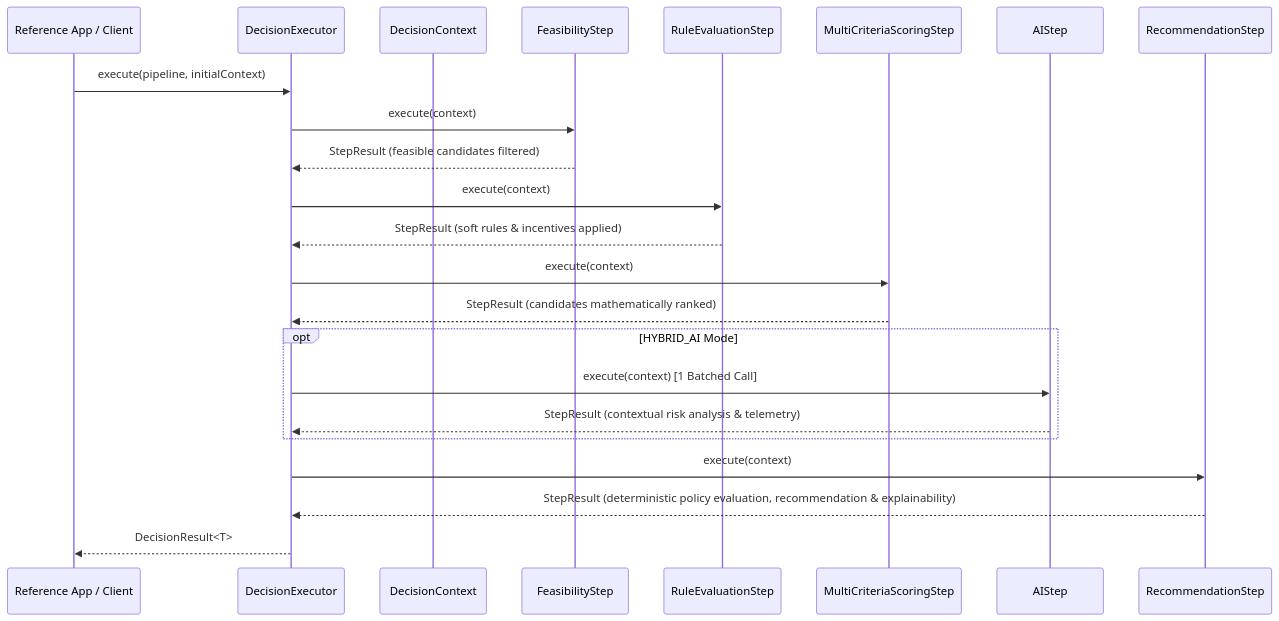
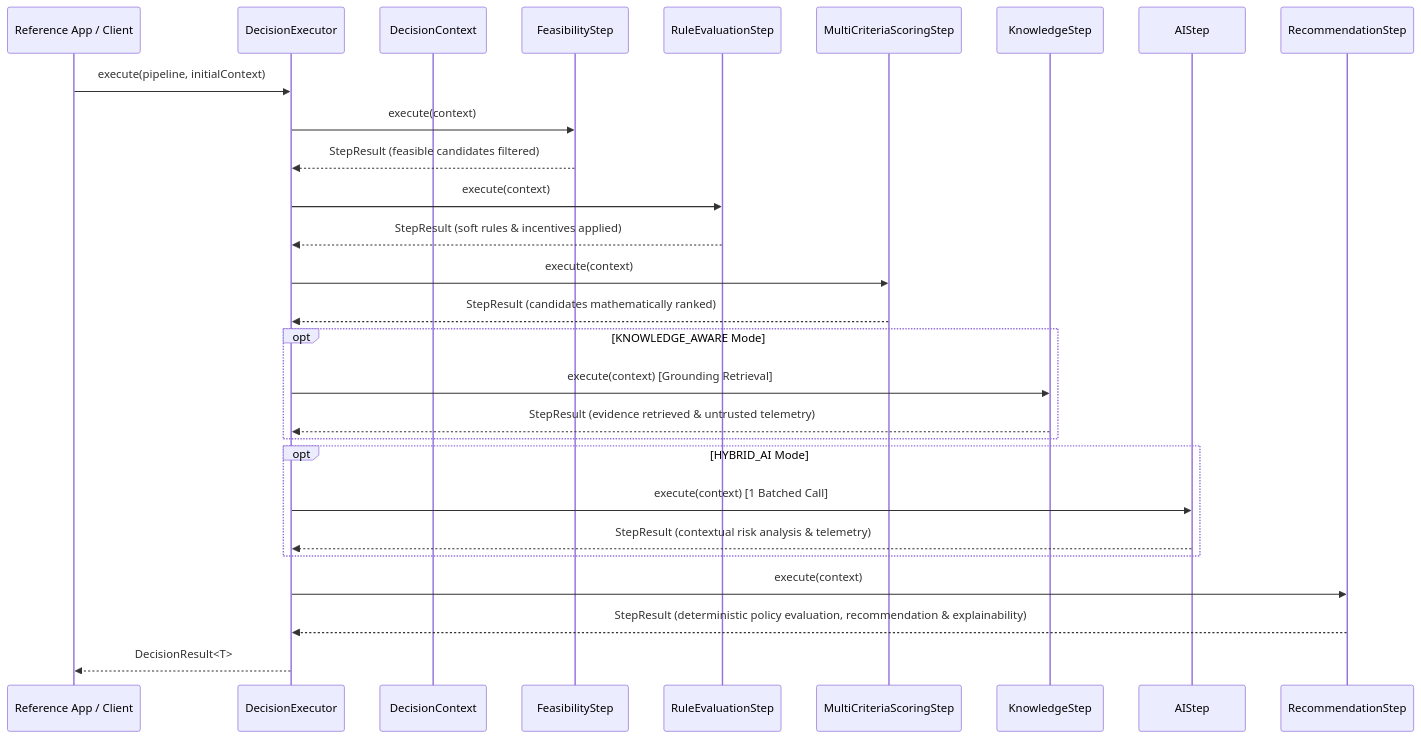
Before and after one commit to venukommu/LogistiX: the second of 4 diagrams in architecture/ARCHITECTURE.md, drawn with Mermaid. The commit also changed other lines of this file and 39 other files, not shown here.

````diff
--- a/architecture/ARCHITECTURE.md
+++ b/architecture/ARCHITECTURE.md
@@ -75,26 +75,31 @@
 ```mermaid
 sequenceDiagram
     participant App as Reference App / Client
     participant Exec as DecisionExecutor
     participant Ctx as DecisionContext
     participant Feas as FeasibilityStep
     participant Rules as RuleEvaluationStep
     participant Score as MultiCriteriaScoringStep
+    participant RAG as KnowledgeStep
     participant AI as AIStep
     participant Rec as RecommendationStep
 
     App->>Exec: execute(pipeline, initialContext)
     Exec->>Feas: execute(context)
     Feas-->>Exec: StepResult (feasible candidates filtered)
     Exec->>Rules: execute(context)
     Rules-->>Exec: StepResult (soft rules & incentives applied)
     Exec->>Score: execute(context)
     Score-->>Exec: StepResult (candidates mathematically ranked)
+    opt KNOWLEDGE_AWARE Mode
+        Exec->>RAG: execute(context) [Grounding Retrieval]
+        RAG-->>Exec: StepResult (evidence retrieved & untrusted telemetry)
+    end
     opt HYBRID_AI Mode
         Exec->>AI: execute(context) [1 Batched Call]
         AI-->>Exec: StepResult (contextual risk analysis & telemetry)
     end
     Exec->>Rec: execute(context)
     Rec-->>Exec: StepResult (deterministic policy evaluation, recommendation & explainability)
     Exec-->>App: DecisionResult<T>
 ```
````
